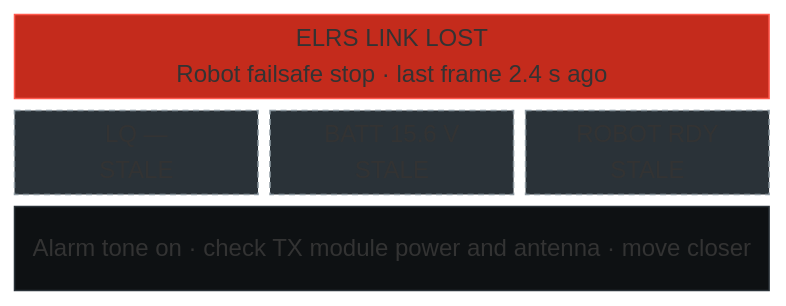
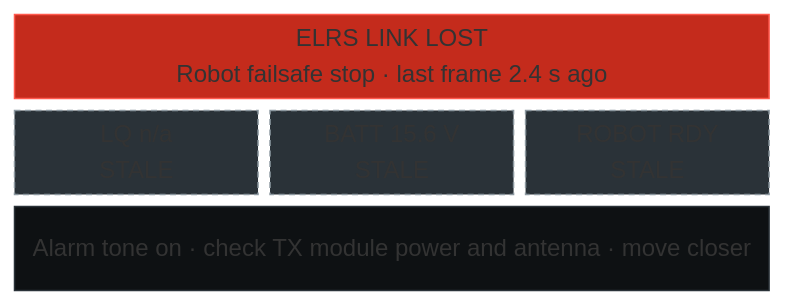
The ninth of 9 diagrams in design.md (AlessioMorale/r36s_remote_controller), drawn with Mermaid before and after one commit. The commit also changed other lines of this file and 48 other files, not shown here.

````diff
--- a/design.md
+++ b/design.md
@@ -311,13 +311,13 @@
 ```mermaid
 block-beta
   columns 3
   ban["ELRS LINK LOST<br/>Robot failsafe stop · last frame 2.4 s ago"]:3
-  lq["LQ —<br/>STALE"] bat["BATT 15.6 V<br/>STALE"] st["ROBOT RDY<br/>STALE"]
+  lq["LQ n/a<br/>STALE"] bat["BATT 15.6 V<br/>STALE"] st["ROBOT RDY<br/>STALE"]
   hint["Alarm tone on · check TX module power and antenna · move closer"]:3
   classDef crit fill:#c42b1c,stroke:#ff5a4e,color:#ffffff
   classDef stale fill:#2a3238,stroke:#8c98a0,color:#8c98a0,stroke-dasharray:4 3
   classDef bar fill:#0e1113,stroke:#2a3238,color:#e8edf0
   class ban crit
   class lq,bat,st stale
   class hint bar
 ```
````
